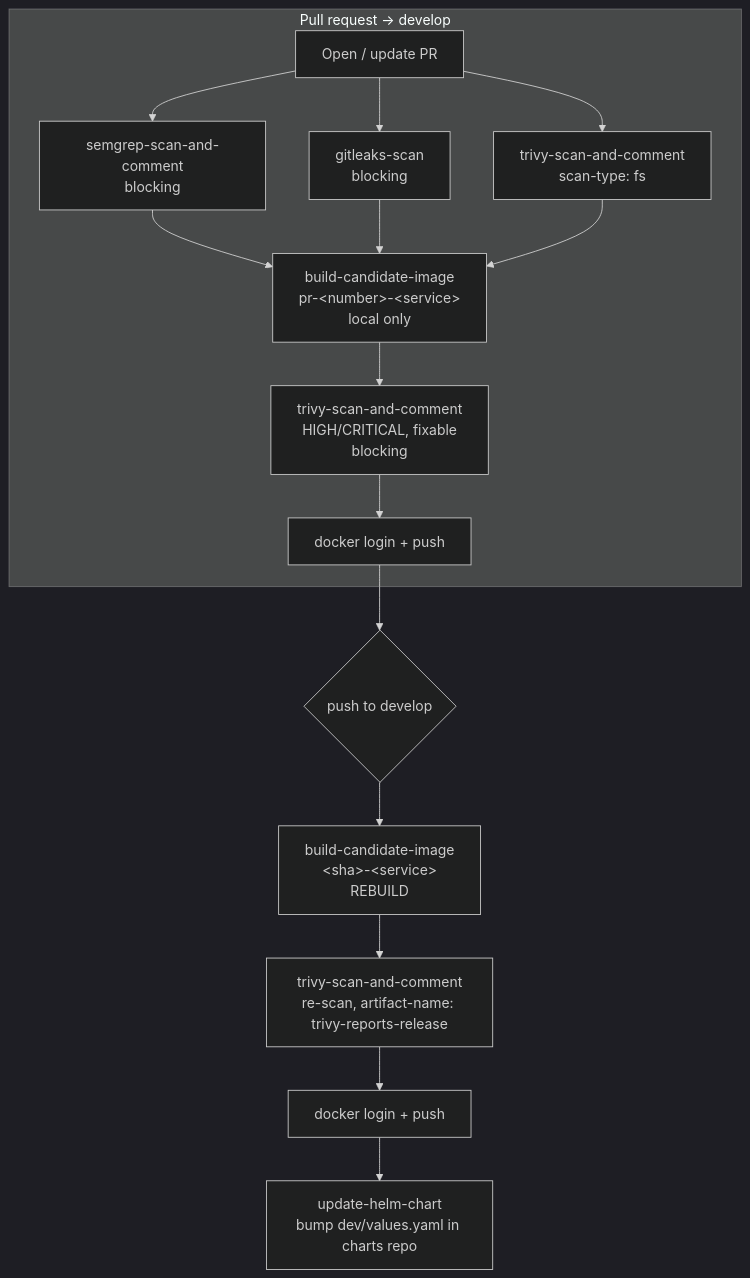
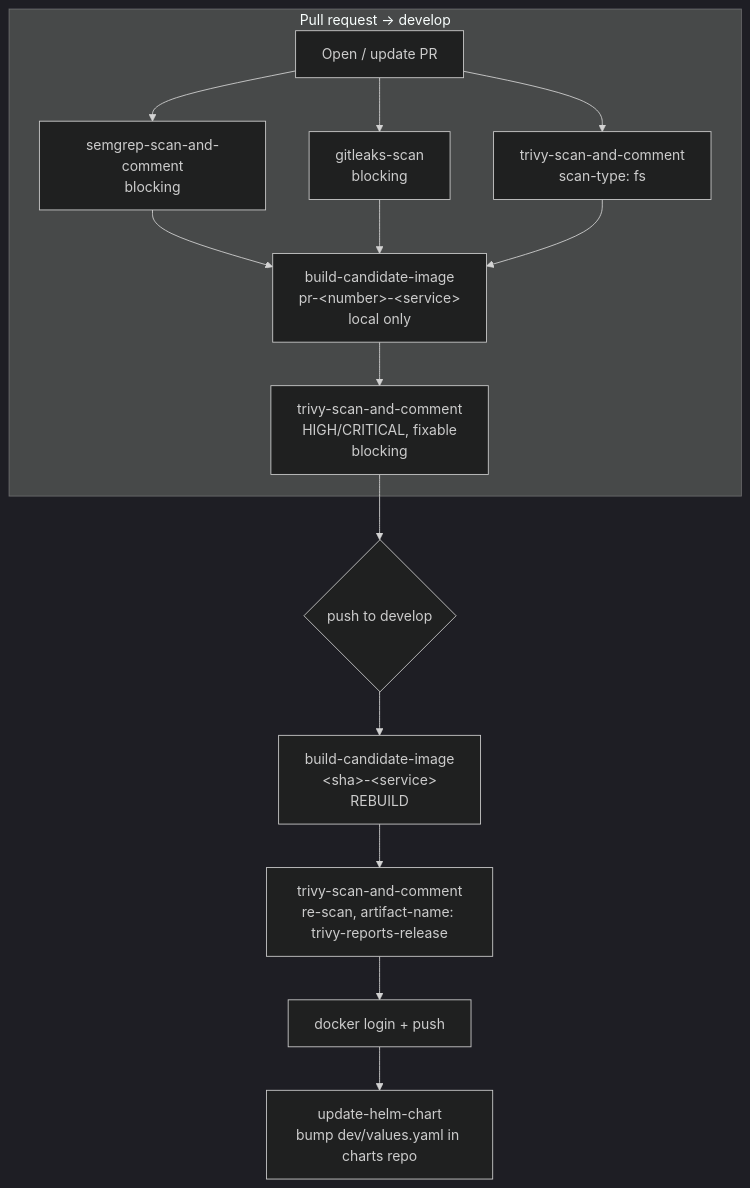
One commit to atkaridarshan04/shared-ci-actions changed the diagram in docs/using/dev-pipeline.md. Above: the diagram before and after it, drawn with Mermaid (dark theme). The commit also changed other lines of this file and 1 other file, not shown here.

Commit message:
docs: describe the PR build without a push and the run summaries

````diff
--- a/docs/using/dev-pipeline.md
+++ b/docs/using/dev-pipeline.md
@@ -30,19 +30,18 @@
 ```mermaid
 flowchart TD
     subgraph PR["Pull request → develop"]
         A[Open / update PR] --> B["semgrep-scan-and-comment<br/>blocking"]
         A --> B2["gitleaks-scan<br/>blocking"]
         A --> B3["trivy-scan-and-comment<br/>scan-type: fs"]
         B --> C["build-candidate-image<br/>pr-&lt;number&gt;-&lt;service&gt;<br/>local only"]
         B2 --> C
         B3 --> C
         C --> D["trivy-scan-and-comment<br/>HIGH/CRITICAL, fixable<br/>blocking"]
-        D --> E["docker login + push"]
     end
 
-    E --> M{push to develop}
+    D --> M{push to develop}
     M --> F1["build-candidate-image<br/>&lt;sha&gt;-&lt;service&gt;<br/>REBUILD"]
     F1 --> F2["trivy-scan-and-comment<br/>re-scan, artifact-name: trivy-reports-release"]
     F2 --> F3["docker login + push"]
     F3 --> G["update-helm-chart<br/>bump dev/values.yaml in charts repo"]
 ```
````
